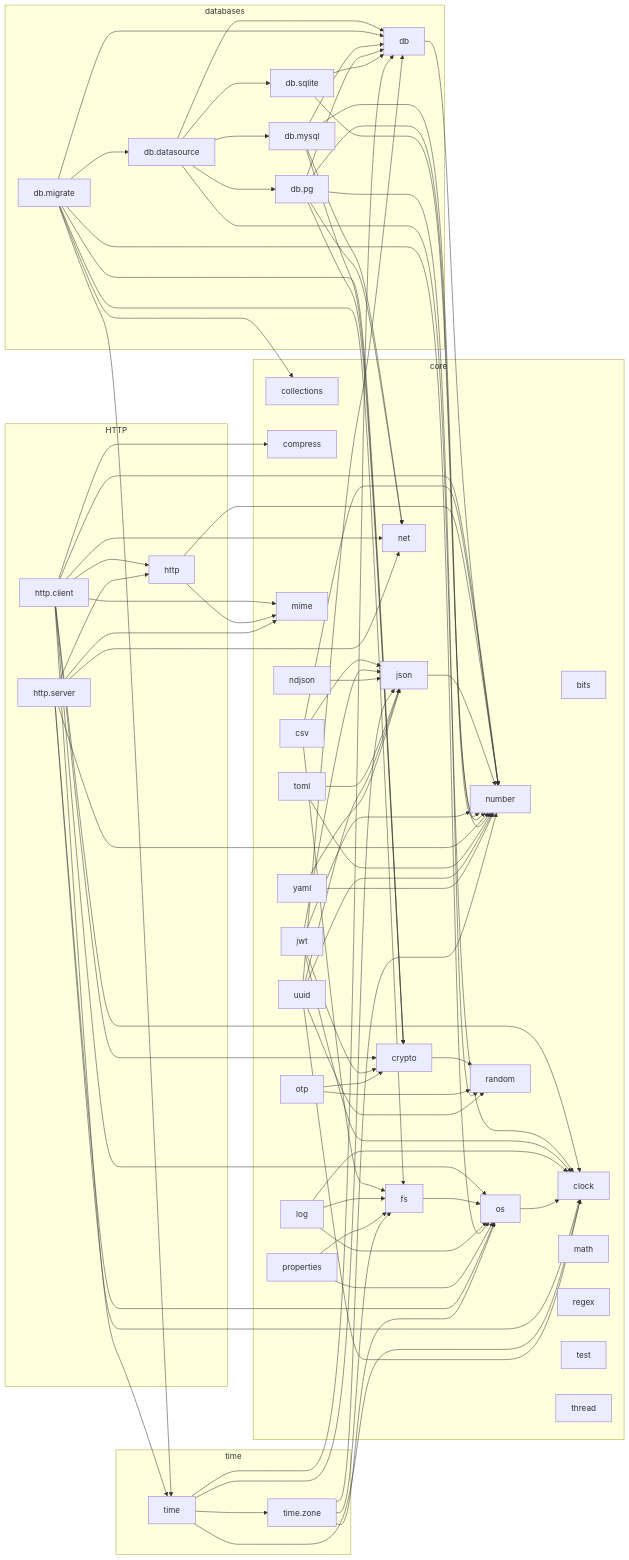
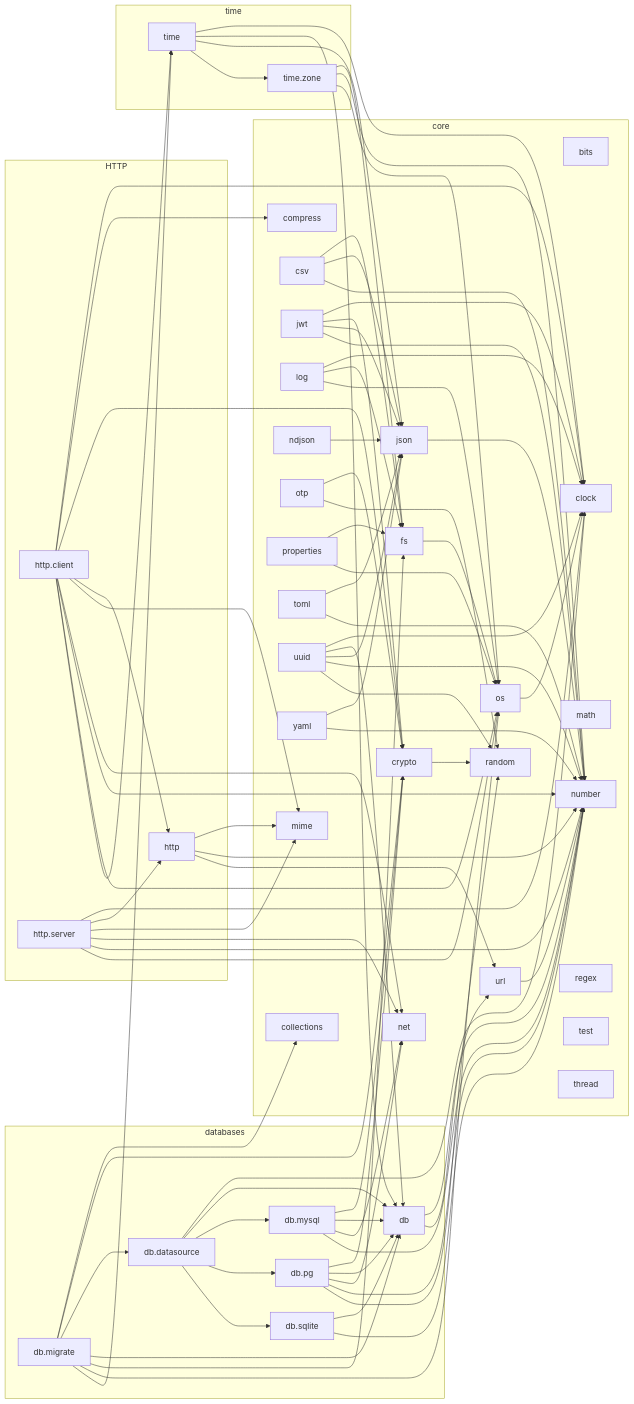
One commit to vasnatech/ziman changed the diagram in docs/lib/dependencies.md. Above: the diagram before and after it, drawn with Mermaid. The commit also changed other lines of this file and 14 other files, not shown here.

First line of the commit message:
D13: one percent_decode, in a new `url` module below http and db

```diff
--- a/docs/lib/dependencies.md
+++ b/docs/lib/dependencies.md
@@ -31,6 +31,7 @@
         test["test"]
         thread["thread"]
         toml["toml"]
+        url["url"]
         uuid["uuid"]
         yaml["yaml"]
     end
@@ -70,9 +71,11 @@
     datasource --> pg
     datasource --> sqlite
     db --> number
+    db --> url
     fs --> os
     http --> mime
     http --> number
+    http --> url
     json --> number
     jwt --> clock
     jwt --> crypto
@@ -117,6 +120,7 @@
     time --> zone
     toml --> json
     toml --> number
+    url --> number
     uuid --> clock
     uuid --> db
     uuid --> json
```
